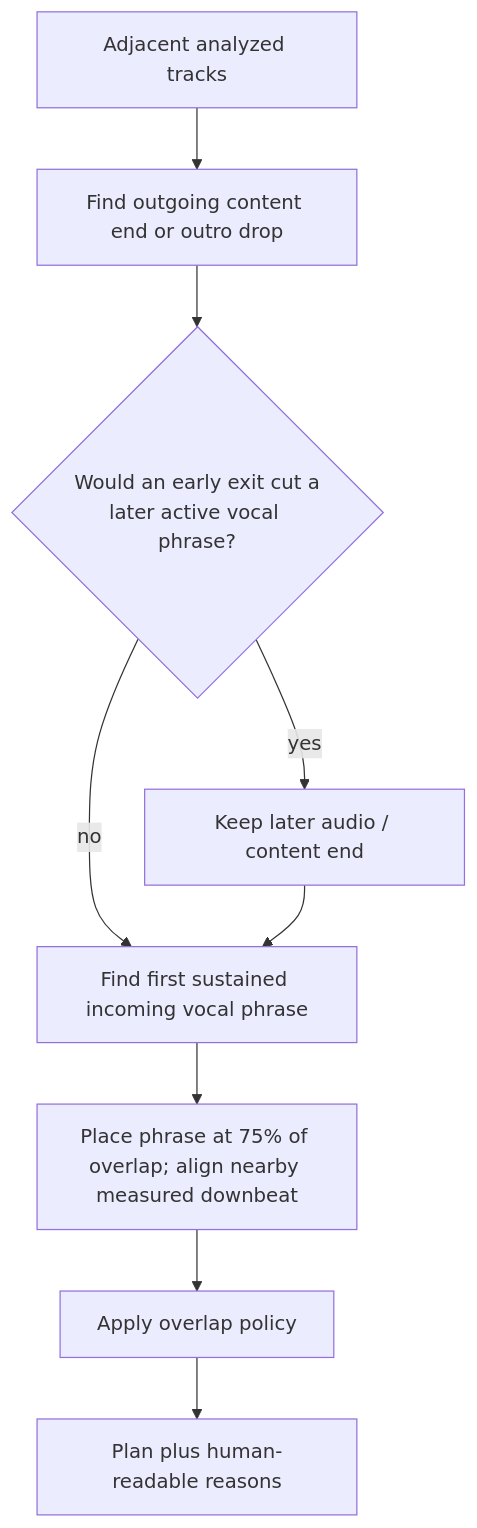
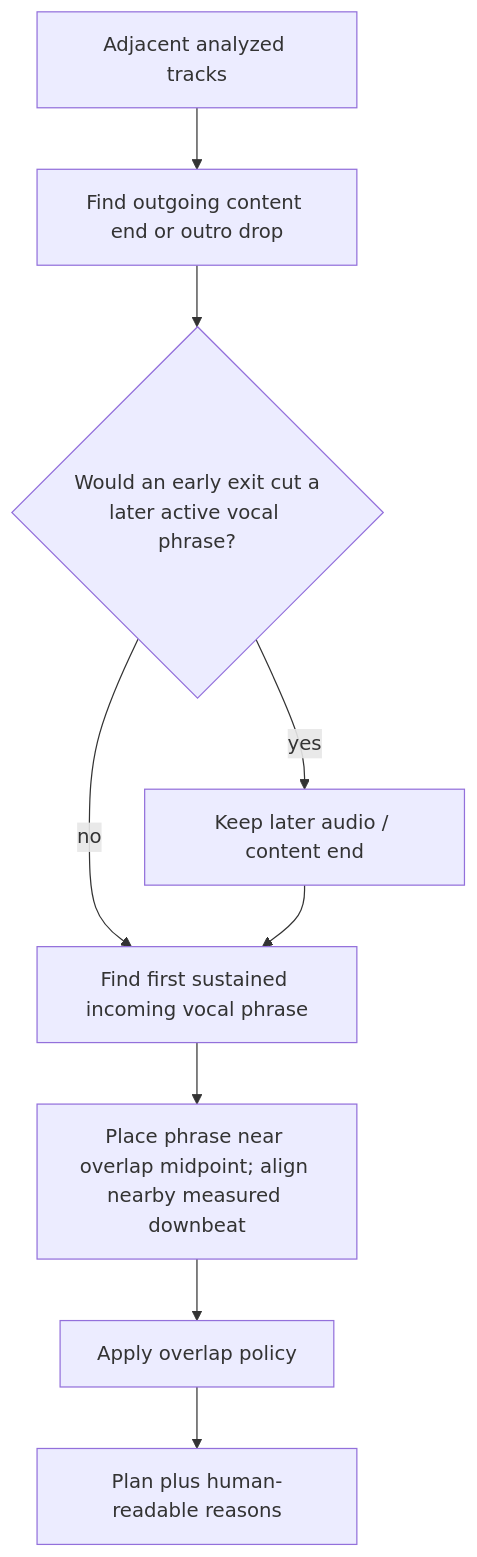
The third of 4 diagrams in README.md (rishabh1057d/automix-lab), drawn with Mermaid before and after one commit. The commit also changed other lines of this file and 3 other files, not shown here.

````diff
--- a/README.md
+++ b/README.md
@@ -95,11 +95,11 @@
 ```mermaid
 flowchart TD
   S[Adjacent analyzed tracks] --> O[Find outgoing content end or outro drop]
   O --> G{Would an early exit cut a<br/>later active vocal phrase?}
   G -->|yes| KEEP[Keep later audio / content end]
   G -->|no| IN[Find first sustained incoming vocal phrase]
   KEEP --> IN
-  IN --> SCORE[Place phrase at 75% of overlap; align nearby measured downbeat]
+  IN --> SCORE[Place phrase near overlap midpoint; align nearby measured downbeat]
   SCORE --> LEN[Apply overlap policy]
   LEN --> OUT[Plan plus human-readable reasons]
 ```
````
